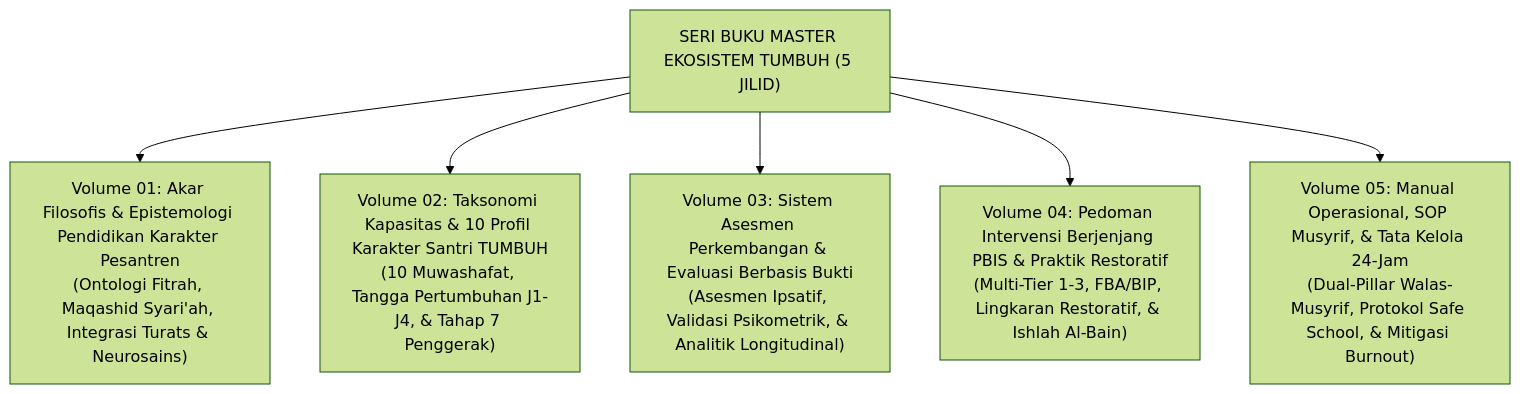
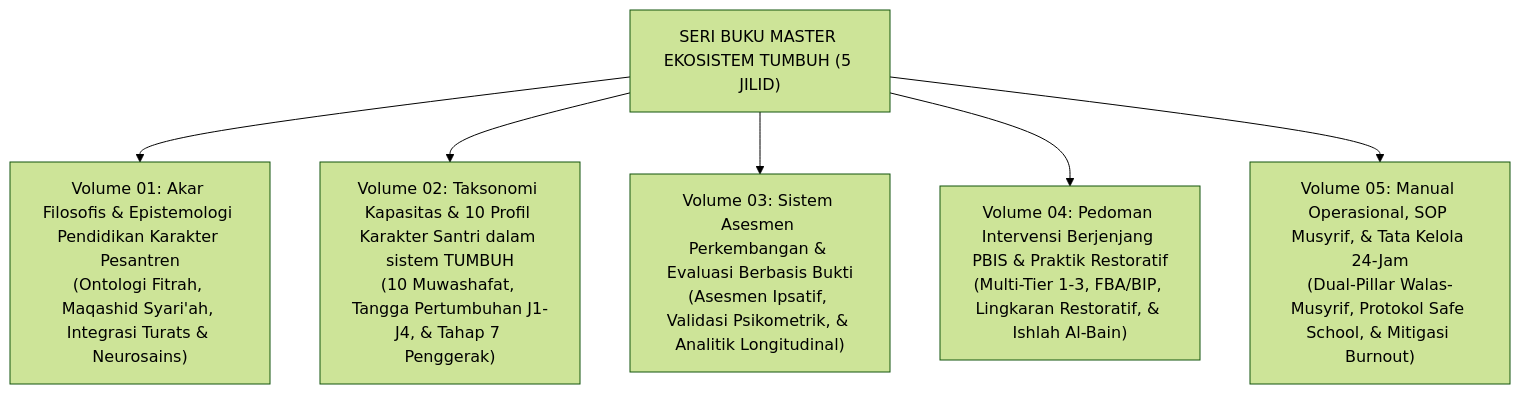
The diagram in BOOK-SERIES/README.md (wandiapriliyandi/tumbuh), drawn with Mermaid (forest theme) before and after one commit. The commit also changed other lines of this file and 605 other files, not shown here.

Commit message:
refactor: standarisasi penyebutan TUMBUH sebagai sistem pembinaan pesantren di seluruh naskah

````diff
--- a/BOOK-SERIES/README.md
+++ b/BOOK-SERIES/README.md
@@ -21,9 +21,9 @@
 ```mermaid
 graph TD
     BookSeries["SERI BUKU MASTER EKOSISTEM TUMBUH (5 JILID)"]
     BookSeries --> Vol1["Volume 01: Akar Filosofis & Epistemologi Pendidikan Karakter Pesantren<br/>(Ontologi Fitrah, Maqashid Syari'ah, Integrasi Turats & Neurosains)"]
-    BookSeries --> Vol2["Volume 02: Taksonomi Kapasitas & 10 Profil Karakter Santri TUMBUH<br/>(10 Muwashafat, Tangga Pertumbuhan J1-J4, & Tahap 7 Penggerak)"]
+    BookSeries --> Vol2["Volume 02: Taksonomi Kapasitas & 10 Profil Karakter Santri dalam sistem TUMBUH<br/>(10 Muwashafat, Tangga Pertumbuhan J1-J4, & Tahap 7 Penggerak)"]
     BookSeries --> Vol3["Volume 03: Sistem Asesmen Perkembangan & Evaluasi Berbasis Bukti<br/>(Asesmen Ipsatif, Validasi Psikometrik, & Analitik Longitudinal)"]
     BookSeries --> Vol4["Volume 04: Pedoman Intervensi Berjenjang PBIS & Praktik Restoratif<br/>(Multi-Tier 1-3, FBA/BIP, Lingkaran Restoratif, & Ishlah Al-Bain)"]
     BookSeries --> Vol5["Volume 05: Manual Operasional, SOP Musyrif, & Tata Kelola 24-Jam<br/>(Dual-Pillar Walas-Musyrif, Protokol Safe School, & Mitigasi Burnout)"]
 ```
````
